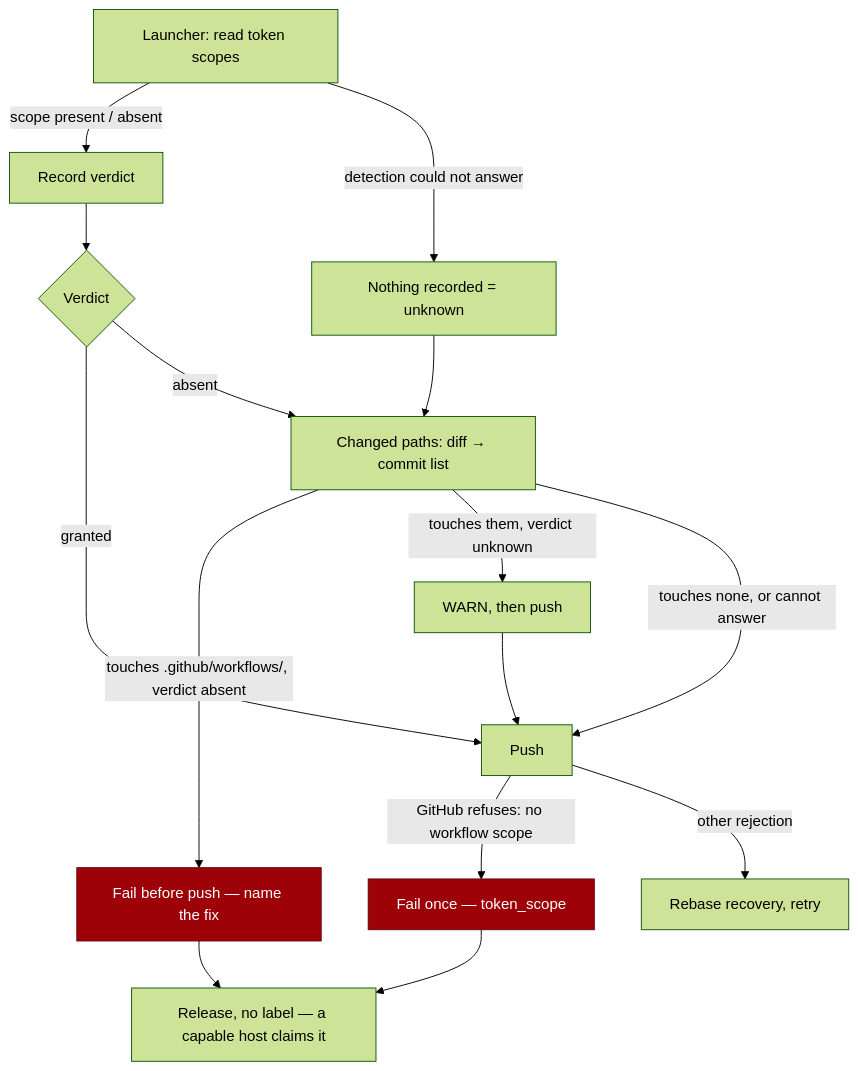
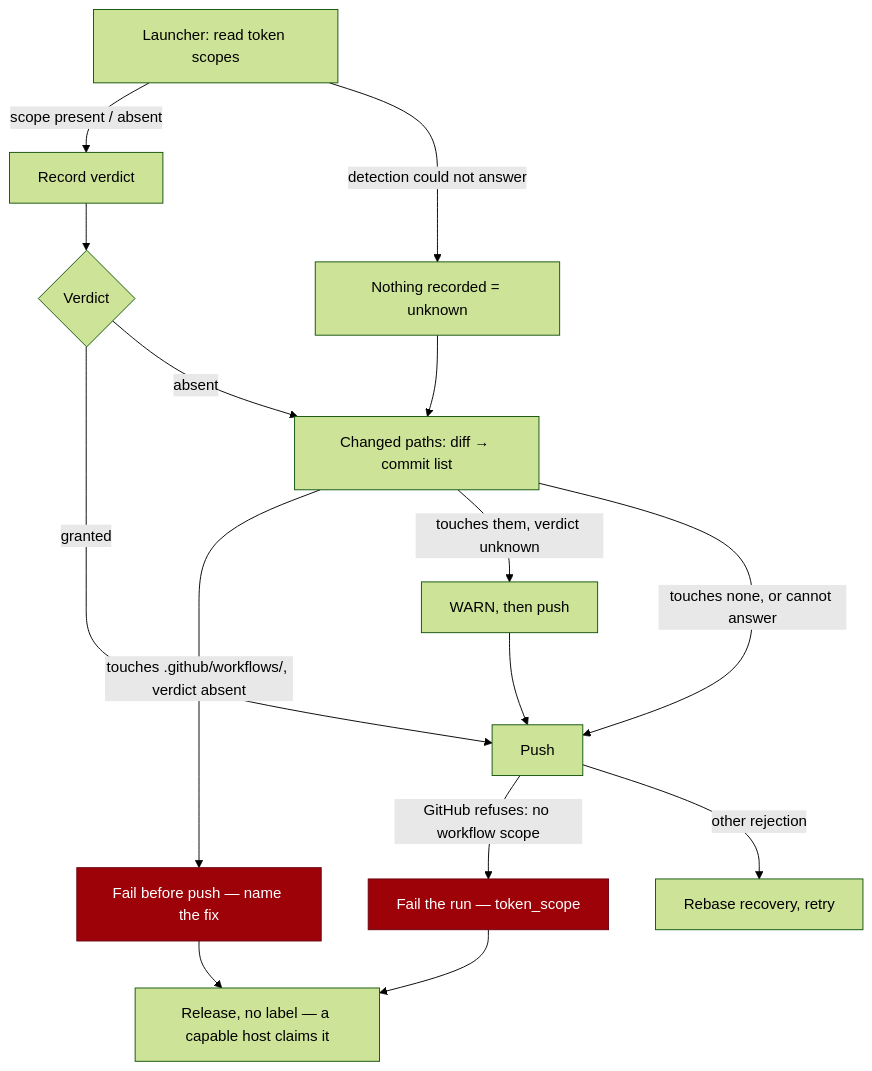
The second of 2 diagrams in docs/SETUP.md (stSoftwareAU/VibeCoder), drawn with Mermaid (forest theme) before and after one commit. The commit also changed 6 other files, not shown here.

````diff
--- a/docs/SETUP.md
+++ b/docs/SETUP.md
@@ -1520,18 +1520,18 @@
 ```mermaid
 flowchart TD
     S["Launcher: read token scopes"] -->|scope present / absent| R["Record verdict"]
     S -->|detection could not answer| U["Nothing recorded = unknown"]
     R --> C{"Verdict"}
     U --> D
     C -->|granted| P["Push"]
     C -->|absent| D["Changed paths: diff → commit list"]
     D -->|touches .github/workflows/, verdict absent| F["Fail before push — name the fix"]
     D -->|touches them, verdict unknown| WARN["WARN, then push"] --> P
     D -->|touches none, or cannot answer| P
-    P -->|GitHub refuses: no workflow scope| F2["Fail once — token_scope"]
+    P -->|GitHub refuses: no workflow scope| F2["Fail the run — token_scope"]
     F --> REL["Release, no label — a capable host claims it"]
     F2 --> REL
     P -->|other rejection| RC["Rebase recovery, retry"]
     style F fill:#9d0208,stroke:#6a040f,color:#fff
     style F2 fill:#9d0208,stroke:#6a040f,color:#fff
 ```
````
